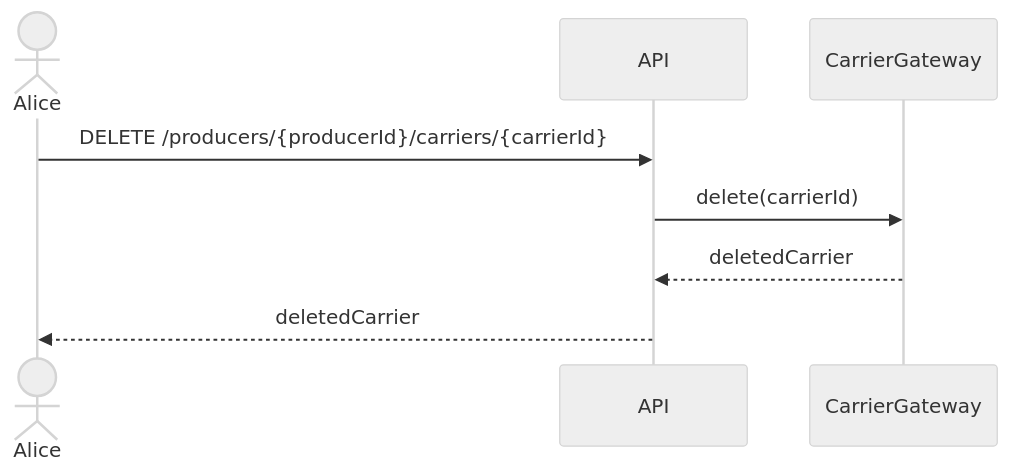
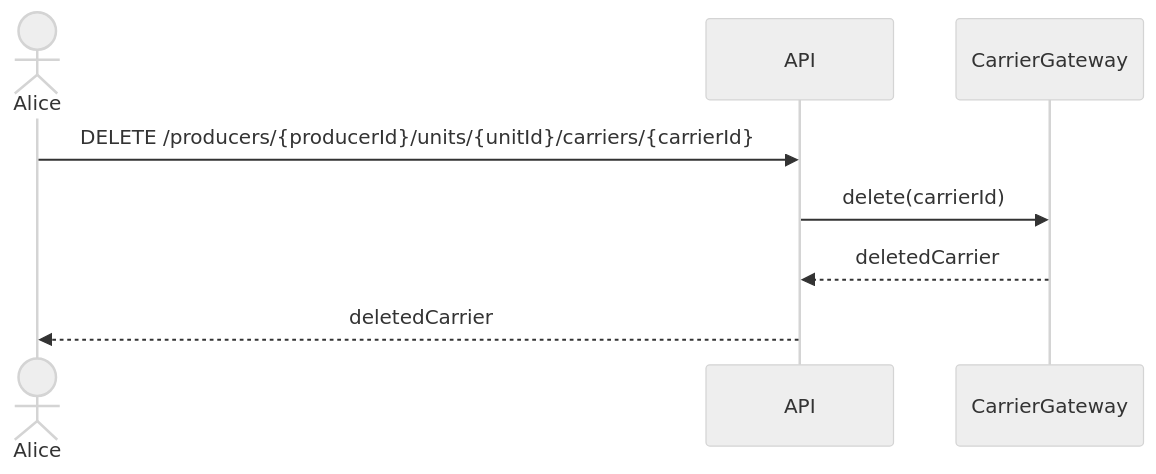
Before and after one commit to hivetown/planning: diagram 30 of 32 in sequence.md, drawn with Mermaid (neutral theme). The commit also changed other lines of this file and 3 other files, not shown here.

````diff
--- a/sequence.md
+++ b/sequence.md
@@ -1060,13 +1058,13 @@
 ```mermaid
 sequenceDiagram
     actor A as Alice
     participant API as API
     participant CG as CarrierGateway
 
-    A ->> API: DELETE /producers/{producerId}/carriers/{carrierId}
+    A ->> API: DELETE /producers/{producerId}/units/{unitId}/carriers/{carrierId}
 
     API ->> CG: delete(carrierId)
     CG -->> API: deletedCarrier
 
     API -->> A: deletedCarrier
 ```
````
